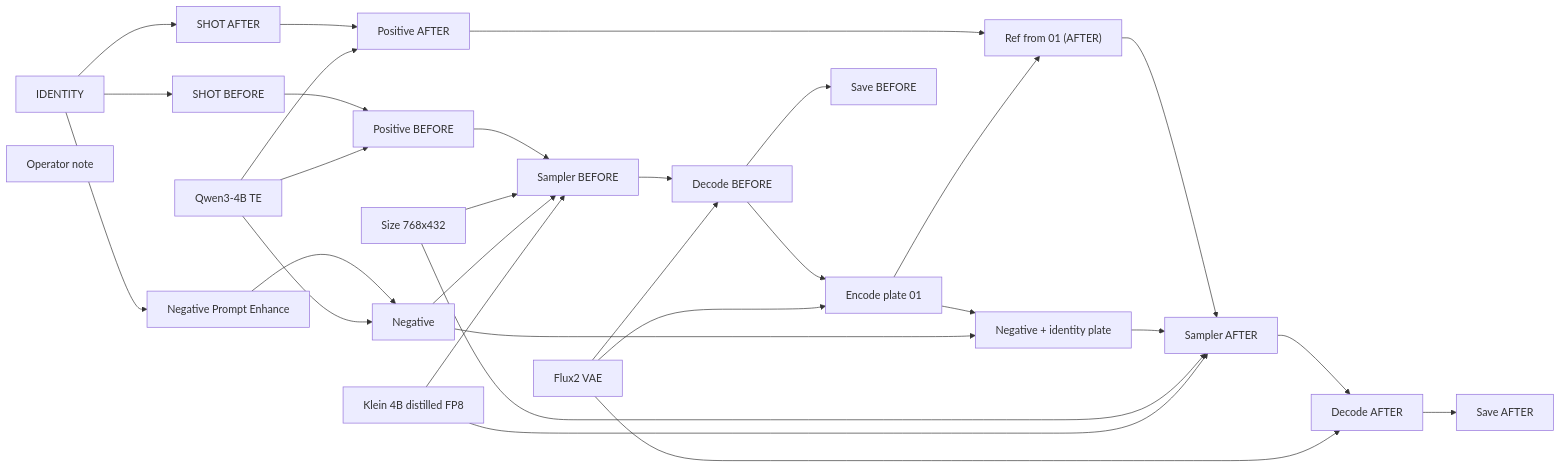
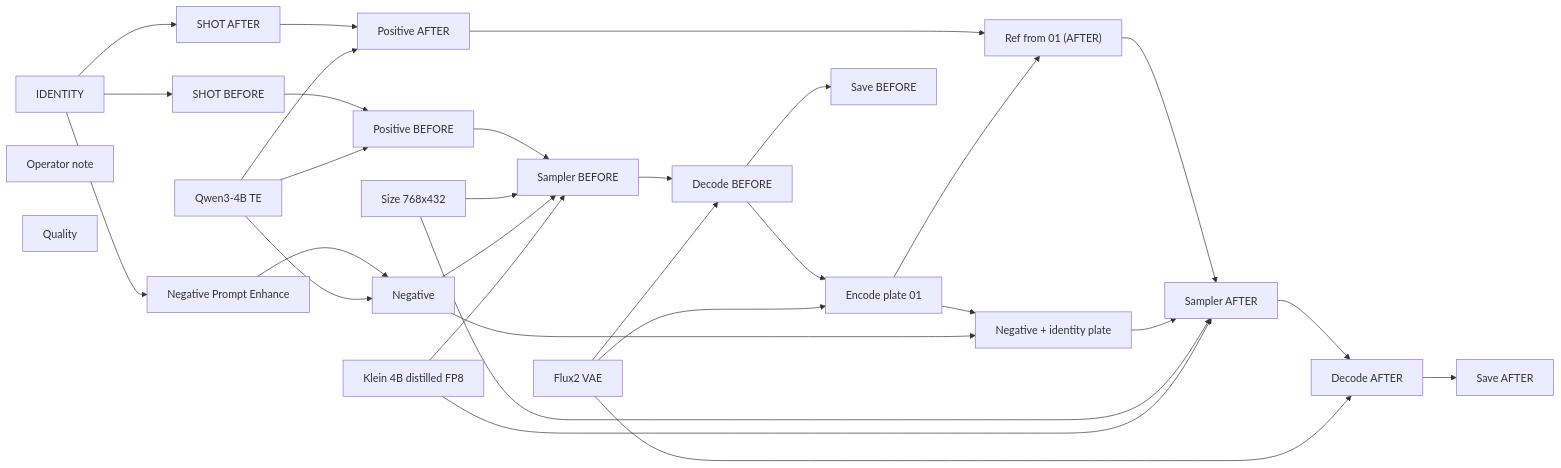
The diagram in docs/generated/workflows/klein/before-after.md (toxicoder/ez-comfy-stack), drawn with Mermaid before and after one commit. The commit also changed other lines of this file and 644 other files, not shown here.

````diff
--- a/docs/generated/workflows/klein/before-after.md
+++ b/docs/generated/workflows/klein/before-after.md
@@ -49,53 +49,54 @@
 ```mermaid
 flowchart LR
   N1["Klein 4B distilled FP8"]
   N2["Qwen3-4B TE"]
   N3["Flux2 VAE"]
   N4["IDENTITY"]
   N5["Negative"]
   N6["Size 768x432"]
   N7["Operator note"]
   N8["Encode plate 01"]
   N9["Negative + identity plate"]
   N10["SHOT BEFORE"]
   N11["Positive BEFORE"]
   N12["Sampler BEFORE"]
   N13["Decode BEFORE"]
   N14["Save BEFORE"]
   N16["SHOT AFTER"]
   N17["Positive AFTER"]
   N18["Sampler AFTER"]
   N19["Decode AFTER"]
   N20["Save AFTER"]
   N21["Ref from 01 (AFTER)"]
   N22["Negative Prompt Enhance"]
+  N23["Quality"]
   N1 --> N12
   N1 --> N18
   N2 --> N5
   N2 --> N11
   N2 --> N17
   N3 --> N8
   N3 --> N13
   N3 --> N19
   N4 --> N10
   N4 --> N16
   N4 --> N22
   N5 --> N9
   N5 --> N12
   N6 --> N12
   N6 --> N18
   N8 --> N9
   N8 --> N21
   N9 --> N18
   N10 --> N11
   N11 --> N12
   N12 --> N13
   N13 --> N14
   N13 --> N8
   N16 --> N17
   N17 --> N21
   N18 --> N19
   N19 --> N20
   N21 --> N18
   N22 --> N5
 ```
````
